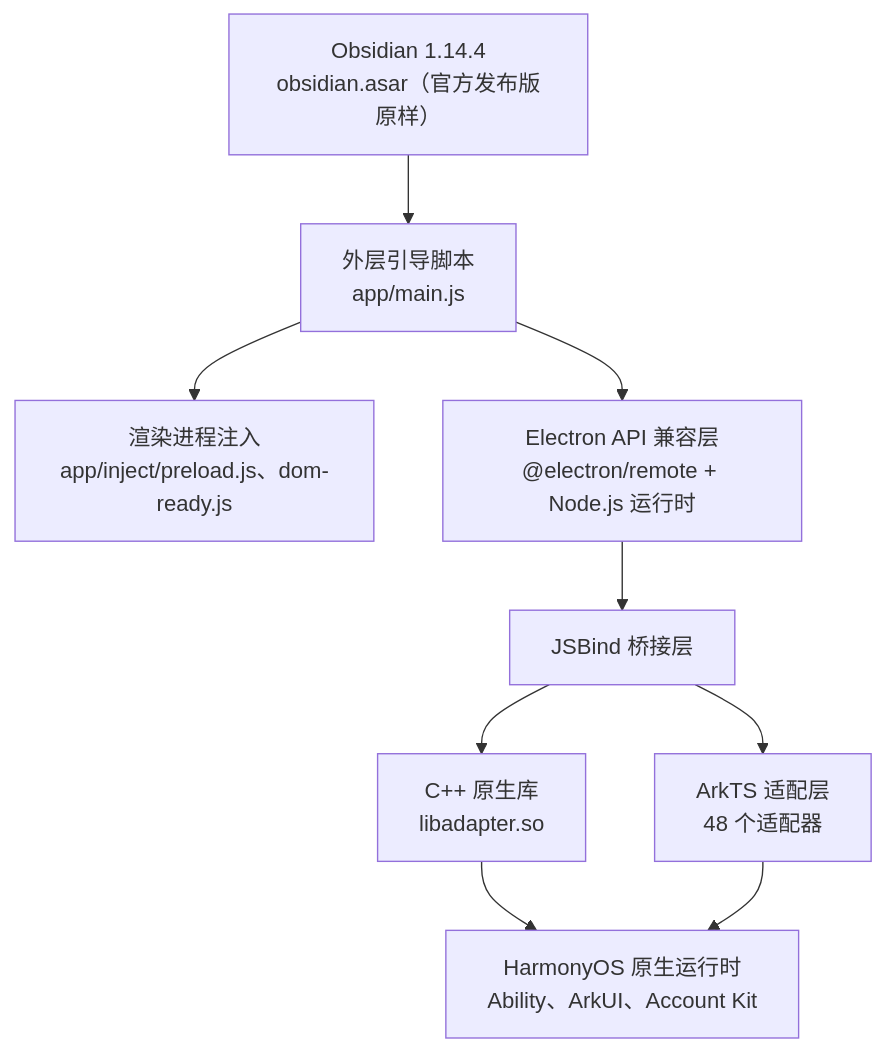
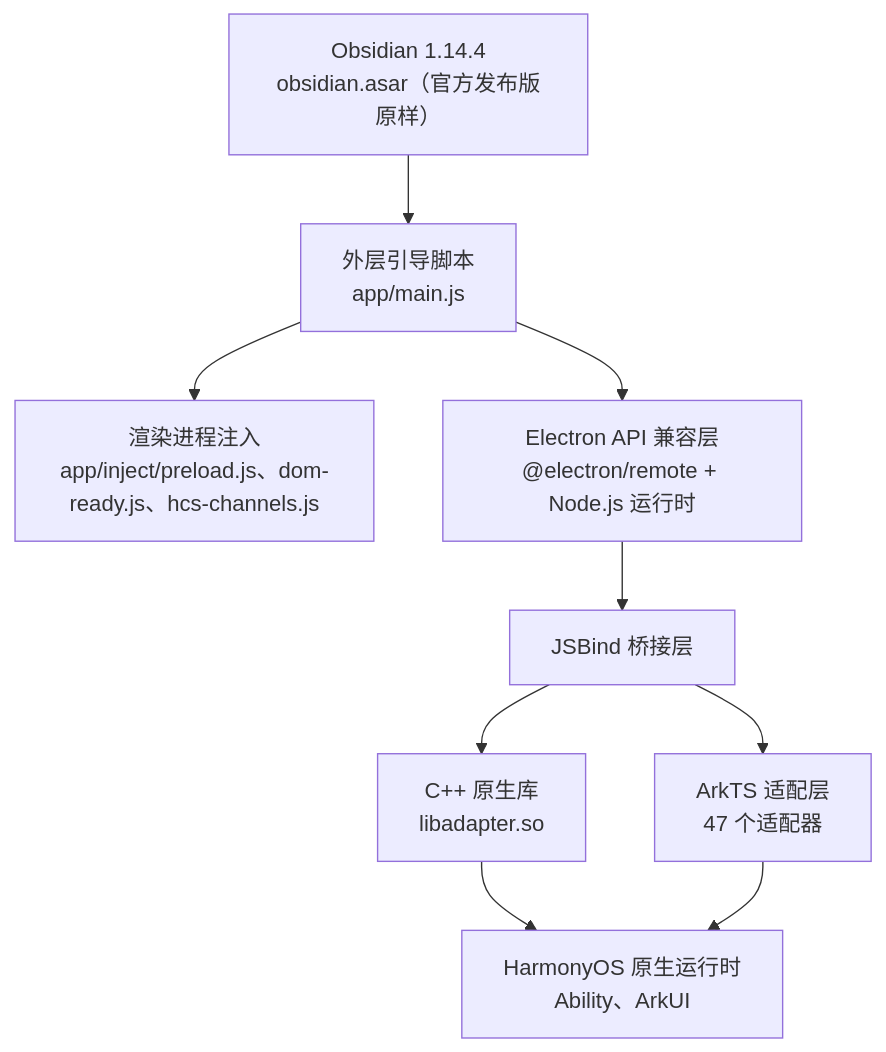
The diagram in README.md (HandwerSTD/ObsidianHM), drawn with Mermaid before and after one commit. The commit also changed other lines of this file and 5 other files, not shown here.

````diff
--- a/README.md
+++ b/README.md
@@ -60,19 +64,19 @@
 ```mermaid
 flowchart TB
   A["Obsidian 1.14.4<br/>obsidian.asar（官方发布版原样）"]
   B["外层引导脚本<br/>app/main.js"]
-  C["渲染进程注入<br/>app/inject/preload.js、dom-ready.js"]
+  C["渲染进程注入<br/>app/inject/preload.js、dom-ready.js、hcs-channels.js"]
   D["Electron API 兼容层<br/>@electron/remote + Node.js 运行时"]
   E["JSBind 桥接层"]
   F["C++ 原生库<br/>libadapter.so"]
-  G["ArkTS 适配层<br/>48 个适配器"]
-  H["HarmonyOS 原生运行时<br/>Ability、ArkUI、Account Kit"]
+  G["ArkTS 适配层<br/>47 个适配器"]
+  H["HarmonyOS 原生运行时<br/>Ability、ArkUI"]
   A --> B
   B --> C
   B --> D
   D --> E
   E --> F
   E --> G
   F --> H
   G --> H
 ```
````
